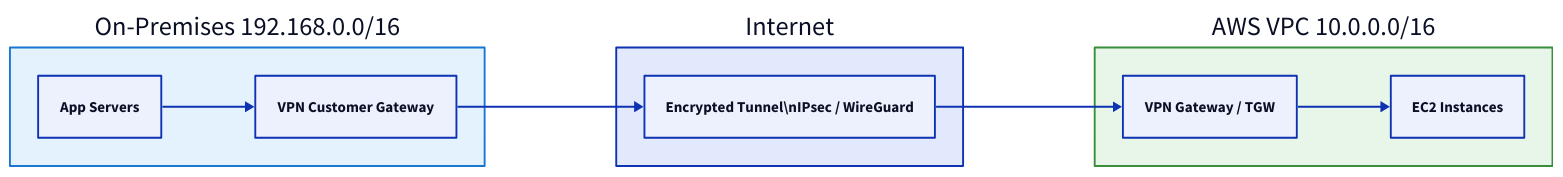
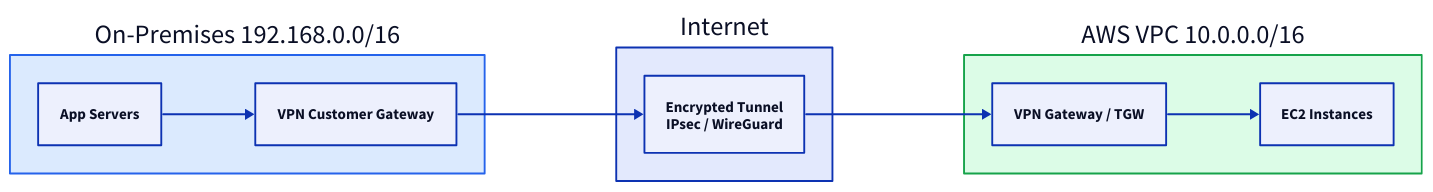
Before and after one commit to rebash-rebash/rebash-academy: the diagram in docs/networking/vpn-and-tunneling-basics.md, drawn with D2. The commit also changed other lines of this file and 177 other files, not shown here.

First line of the commit message:
Ship Terraform track, diagram polish, and new brand favicon.

````diff
--- a/docs/networking/vpn-and-tunneling-basics.md
+++ b/docs/networking/vpn-and-tunneling-basics.md
@@ -56,27 +56,27 @@
 ```d2
 direction: right
 
 OnPrem: "On-Premises 192.168.0.0/16" {
       style: {
-        fill: "#e3f2fd"
-        stroke: "#1976d2"
+        fill: "#dbeafe"
+        stroke: "#2563eb"
       }
         SRV: "App Servers"
         VPNC: "VPN Customer Gateway"
     }
     Internet: Internet {
-        TUN: "Encrypted Tunnel\\nIPsec / WireGuard"
+        TUN: "Encrypted Tunnel\nIPsec / WireGuard"
     }
     Cloud: "AWS VPC 10.0.0.0/16" {
       style: {
-        fill: "#e8f5e9"
-        stroke: "#388e3c"
+        fill: "#dcfce7"
+        stroke: "#16a34a"
       }
         VPNGW: "VPN Gateway / TGW"
         EC2: "EC2 Instances"
     }
     OnPrem.SRV -> OnPrem.VPNC
     OnPrem.VPNC -> Internet.TUN
     Internet.TUN -> Cloud.VPNGW
     Cloud.VPNGW -> Cloud.EC2
 ```
````
